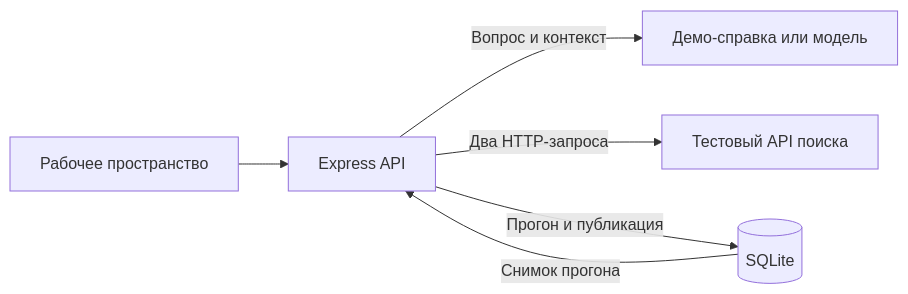
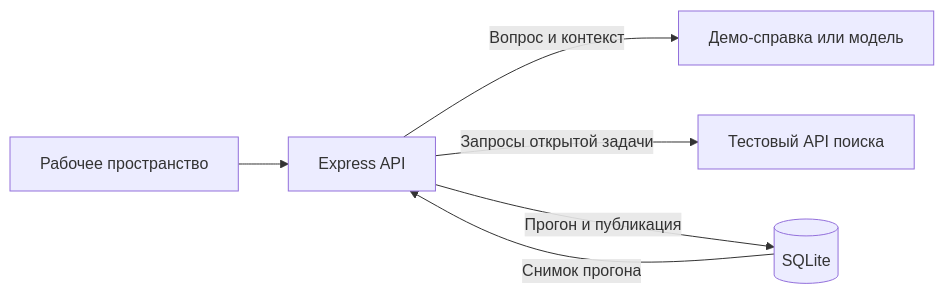
The diagram in README.md (Dteaher/avito-ai-buddy), drawn with Mermaid before and after one commit. The commit also changed other lines of this file and 1 other file, not shown here.

````diff
--- a/README.md
+++ b/README.md
@@ -42,8 +46,8 @@
 ```mermaid
 flowchart LR
     UI[Рабочее пространство] --> API[Express API]
     API -->|Вопрос и контекст| B[Демо-справка или модель]
-    API -->|Два HTTP-запроса| S[Тестовый API поиска]
+    API -->|Запросы открытой задачи| S[Тестовый API поиска]
     API -->|Прогон и публикация| D[(SQLite)]
     D -->|Снимок прогона| API
 ```
````
